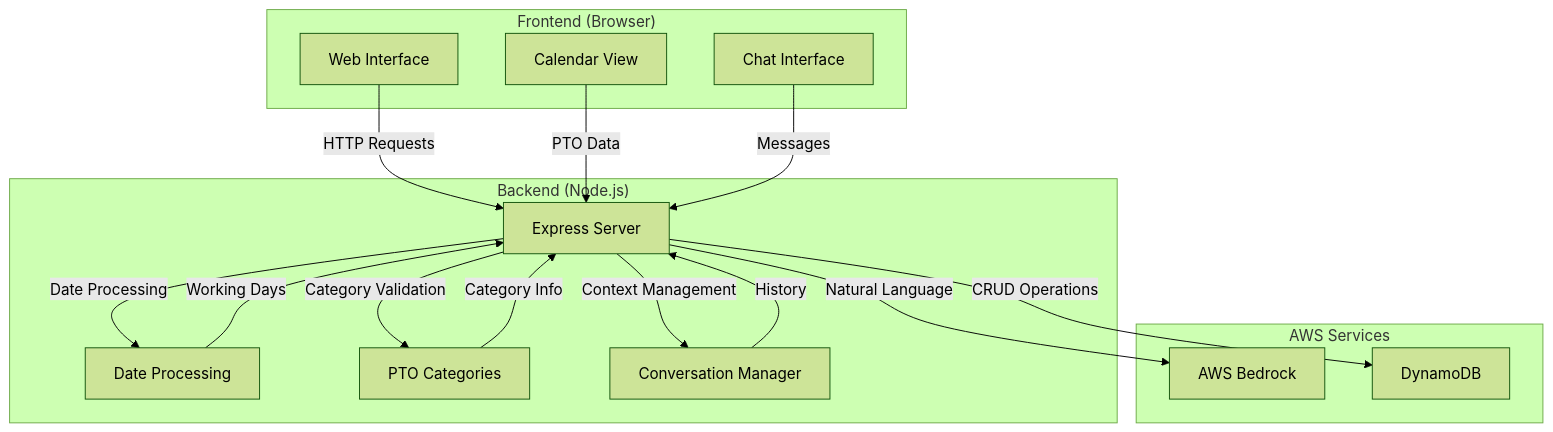
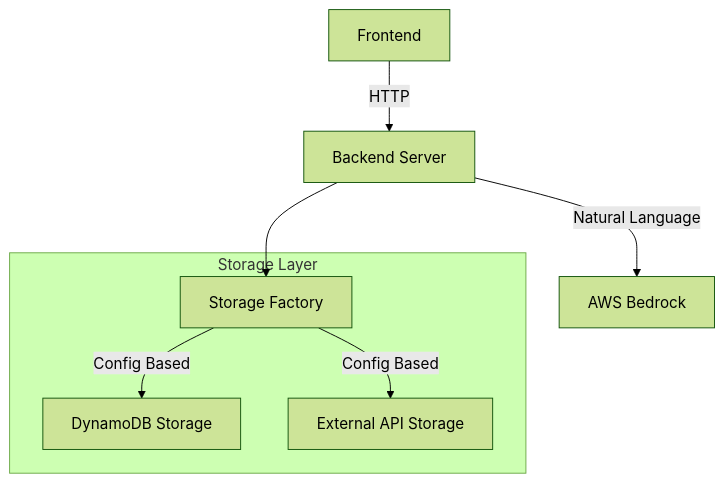
Before and after one commit to glebpopoff/ai-pto-agent-bedrock-dynamodb: the first of 2 diagrams in README.md, drawn with Mermaid (forest theme). The commit also changed other lines of this file, not shown here.

````diff
--- a/README.md
+++ b/README.md
@@ -203,34 +268,14 @@
 ```mermaid
 graph TD
-    subgraph "Frontend (Browser)"
-        UI[Web Interface]
-        Calendar[Calendar View]
-        Chat[Chat Interface]
+    FE[Frontend] --> |HTTP| BE[Backend Server]
+    BE --> |Natural Language| AI[AWS Bedrock]
+    BE --> SF[Storage Factory]
+    SF --> |Config Based| DB[DynamoDB Storage]
+    SF --> |Config Based| API[External API Storage]
+    
+    subgraph "Storage Layer"
+        SF
+        DB
+        API
     end
-
-    subgraph "Backend (Node.js)"
-        Server[Express Server]
-        DateUtils[Date Processing]
-        PTOUtils[PTO Categories]
-        Conv[Conversation Manager]
-    end
-
-    subgraph "AWS Services"
-        Bedrock[AWS Bedrock]
-        DynamoDB[DynamoDB]
-    end
-
-    UI --> |HTTP Requests| Server
-    Calendar --> |PTO Data| Server
-    Chat --> |Messages| Server
-    
-    Server --> |Natural Language| Bedrock
-    Server --> |CRUD Operations| DynamoDB
-    Server --> |Date Processing| DateUtils
-    Server --> |Category Validation| PTOUtils
-    Server --> |Context Management| Conv
-
-    DateUtils --> |Working Days| Server
-    PTOUtils --> |Category Info| Server
-    Conv --> |History| Server
 ```
````
